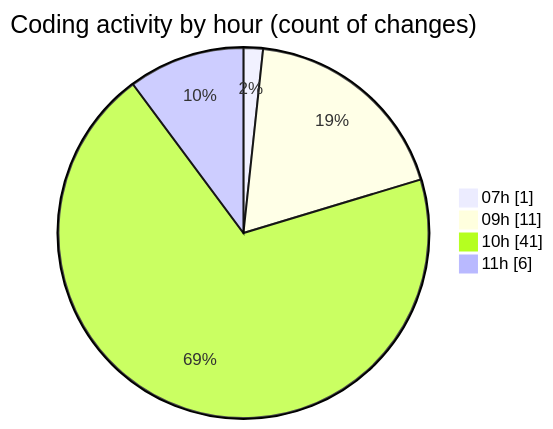
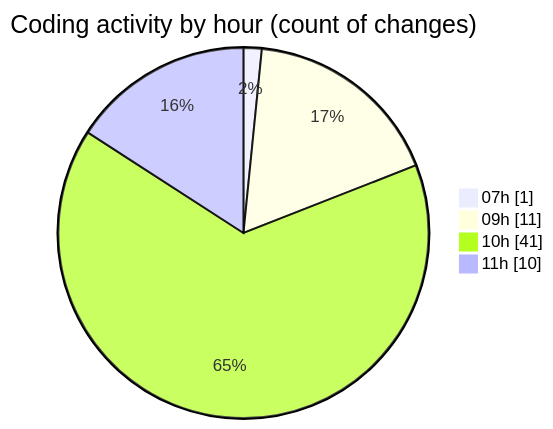
One commit to becaeroporto-bot/code-tracking changed the second of 2 diagrams in 2026-02-17/id_ia/README.md. Above: the diagram before and after it, drawn with Mermaid. The commit also changed other lines of this file and 1 other file, not shown here.

````diff
--- a/2026-02-17/id_ia/README.md
+++ b/2026-02-17/id_ia/README.md
@@ -55,8 +56,8 @@
 ```mermaid
 pie showData
 title Coding activity by hour (count of changes)
 "07h" : 1
 "09h" : 11
 "10h" : 41
-"11h" : 6
+"11h" : 10
 ```
````
